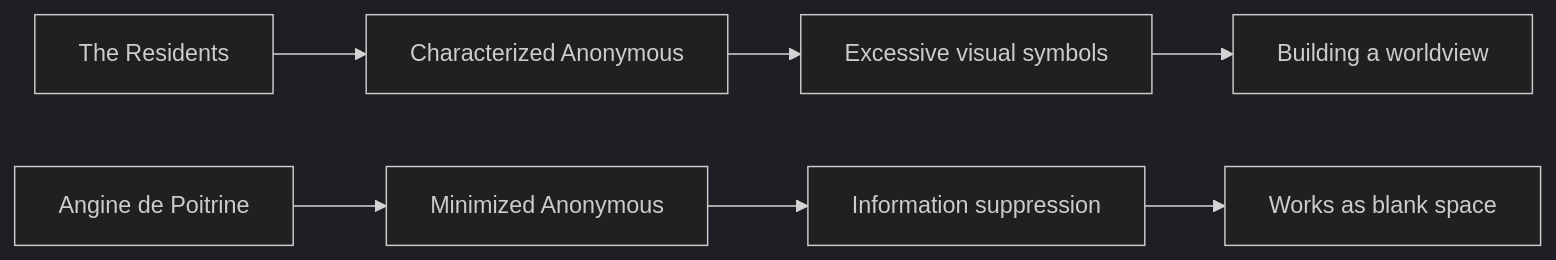
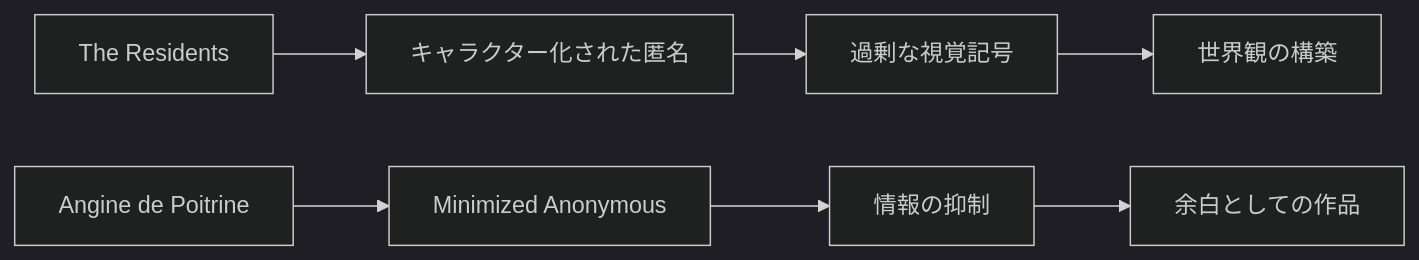
The fifth of 17 diagrams in en/_posts/2026-07-06-column-angine-de-poitrine-the-residents.md (monumental-movement/monumental-movement.github.io), drawn with Mermaid (dark theme) before and after one commit. The commit also changed other lines of this file and 2196 other files, not shown here.

```diff
--- a/en/_posts/2026-07-06-column-angine-de-poitrine-the-residents.md
+++ b/en/_posts/2026-07-06-column-angine-de-poitrine-the-residents.md
@@ -618,16 +617,16 @@
 <div class="mermaid">
 flowchart LR
 
 A["The Residents"]
-B["Characterized Anonymous"]
-C["Excessive visual symbols"]
-D["Building a worldview"]
+B["キャラクター化された匿名"]
+C["過剰な視覚記号"]
+D["世界観の構築"]
 
 E["Angine de Poitrine"]
 F["Minimized Anonymous"]
-G["Information suppression"]
-H["Works as blank space"]
+G["情報の抑制"]
+H["余白としての作品"]
 
 A --> B --> C --> D
 E --> F --> G --> H
 </div>
```
